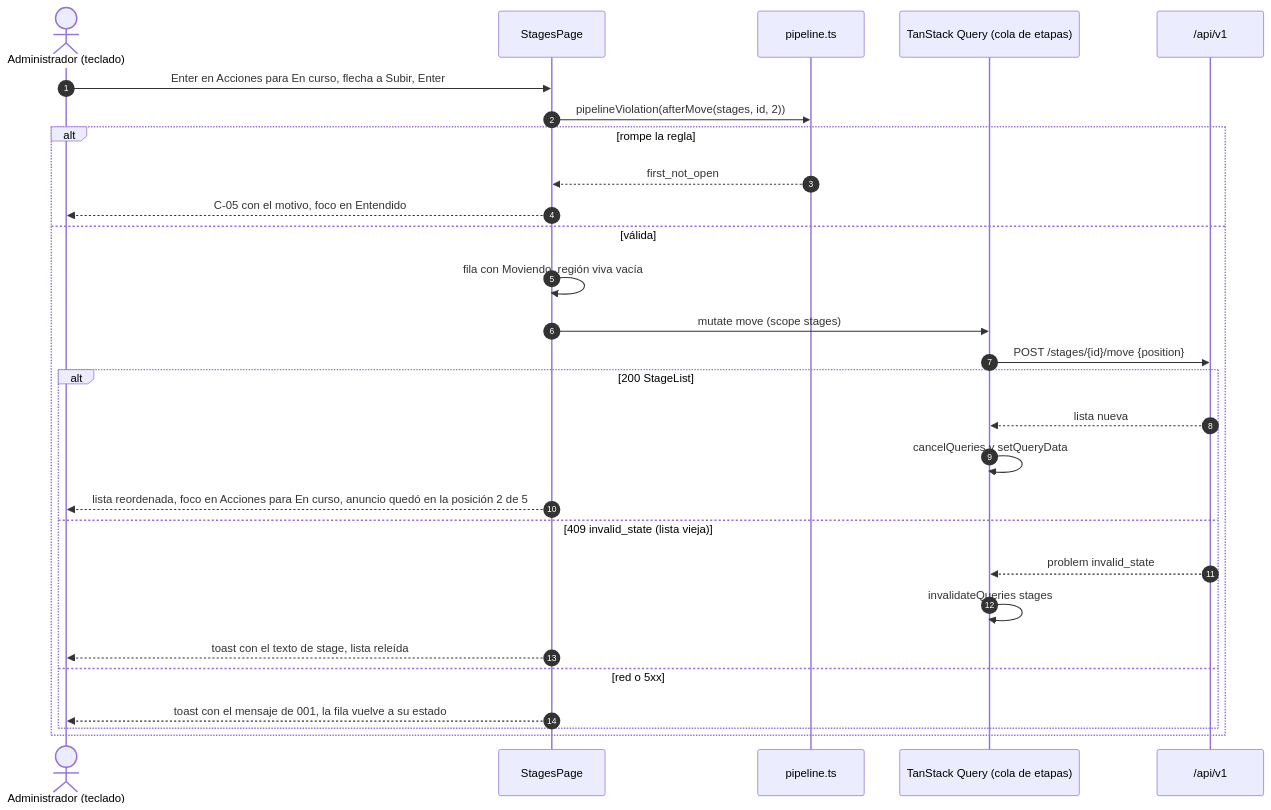
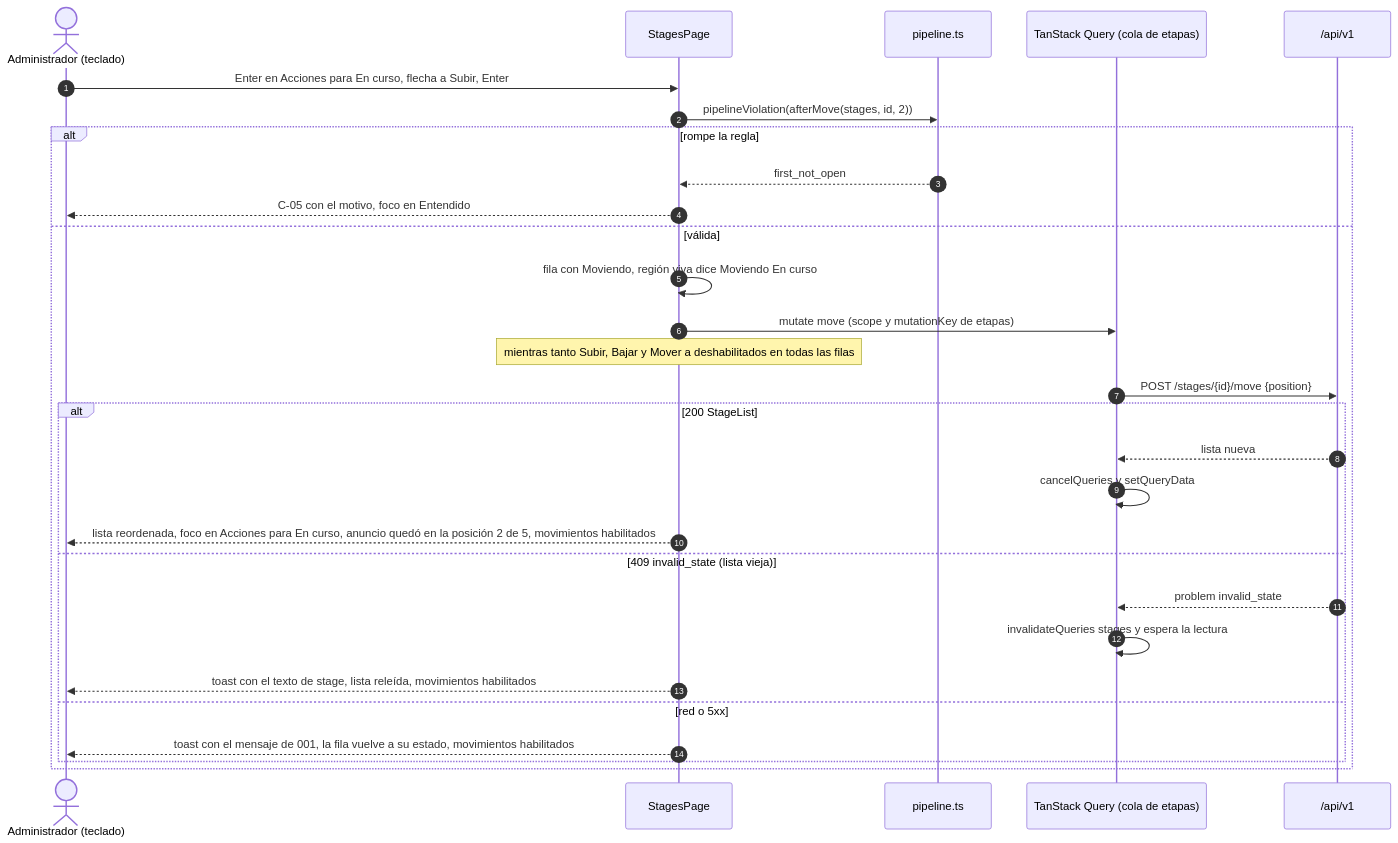
The fourth of 6 diagrams in specs/002-configuracion/ui.md (fdelillo/crm), drawn with Mermaid before and after one commit. The commit also changed other lines of this file and 2 other files, not shown here.

First line of the commit message:
docs(spec): block stage moves while a stage write is pending; document nested field paths (spec 002)

````diff
--- a/specs/002-configuracion/ui.md
+++ b/specs/002-configuracion/ui.md
@@ -1151,31 +1185,32 @@
 ```mermaid
 sequenceDiagram
     autonumber
     actor A as Administrador (teclado)
     participant P as StagesPage
     participant R as pipeline.ts
     participant Q as TanStack Query (cola de etapas)
     participant API as /api/v1
 
     A->>P: Enter en Acciones para En curso, flecha a Subir, Enter
     P->>R: pipelineViolation(afterMove(stages, id, 2))
     alt rompe la regla
         R-->>P: first_not_open
         P-->>A: C-05 con el motivo, foco en Entendido
     else válida
-        P->>P: fila con Moviendo, región viva vacía
-        P->>Q: mutate move (scope stages)
+        P->>P: fila con Moviendo, región viva dice Moviendo En curso
+        P->>Q: mutate move (scope y mutationKey de etapas)
+        Note over P: mientras tanto Subir, Bajar y Mover a deshabilitados en todas las filas
         Q->>API: POST /stages/{id}/move {position}
         alt 200 StageList
             API-->>Q: lista nueva
             Q->>Q: cancelQueries y setQueryData
-            P-->>A: lista reordenada, foco en Acciones para En curso, anuncio quedó en la posición 2 de 5
+            P-->>A: lista reordenada, foco en Acciones para En curso, anuncio quedó en la posición 2 de 5, movimientos habilitados
         else 409 invalid_state (lista vieja)
             API-->>Q: problem invalid_state
-            Q->>Q: invalidateQueries stages
-            P-->>A: toast con el texto de stage, lista releída
+            Q->>Q: invalidateQueries stages y espera la lectura
+            P-->>A: toast con el texto de stage, lista releída, movimientos habilitados
         else red o 5xx
-            P-->>A: toast con el mensaje de 001, la fila vuelve a su estado
+            P-->>A: toast con el mensaje de 001, la fila vuelve a su estado, movimientos habilitados
         end
     end
 ```
````
